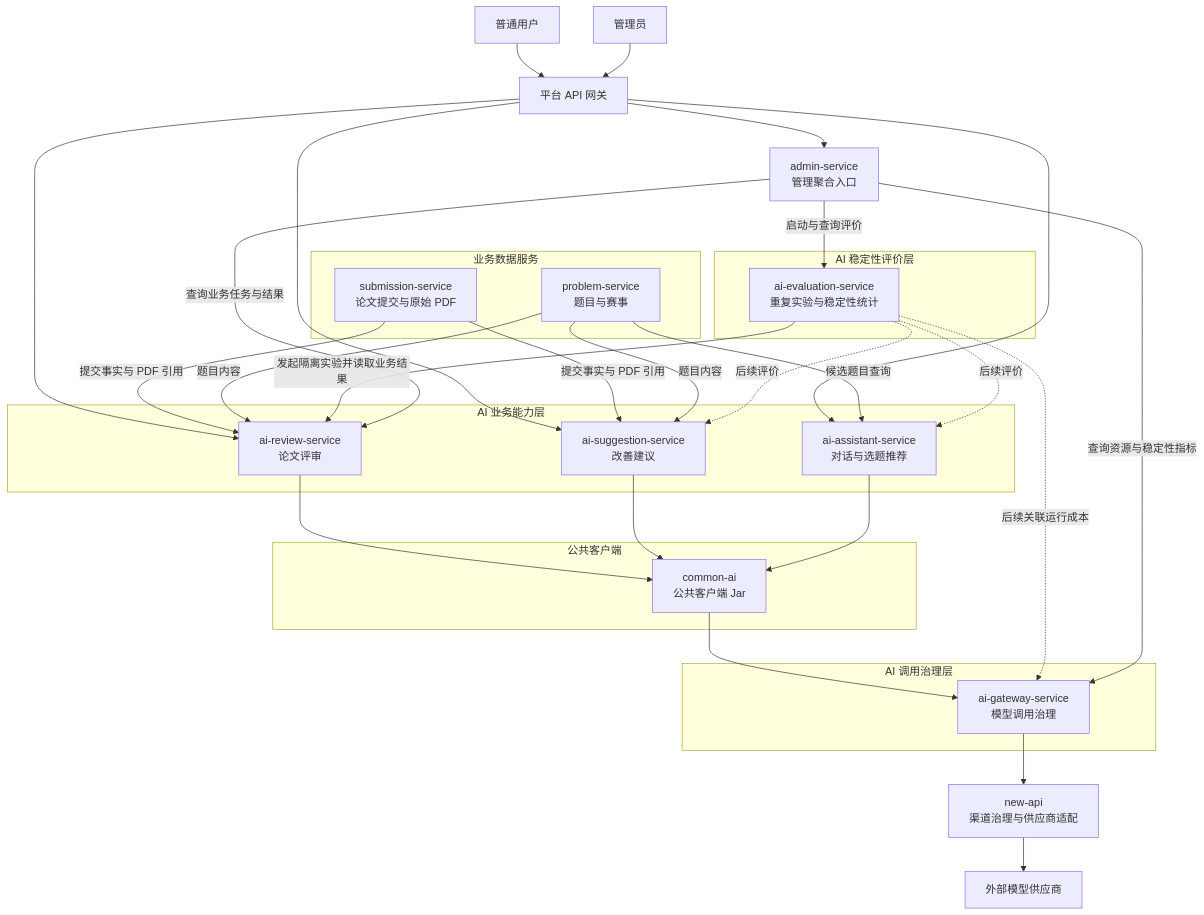
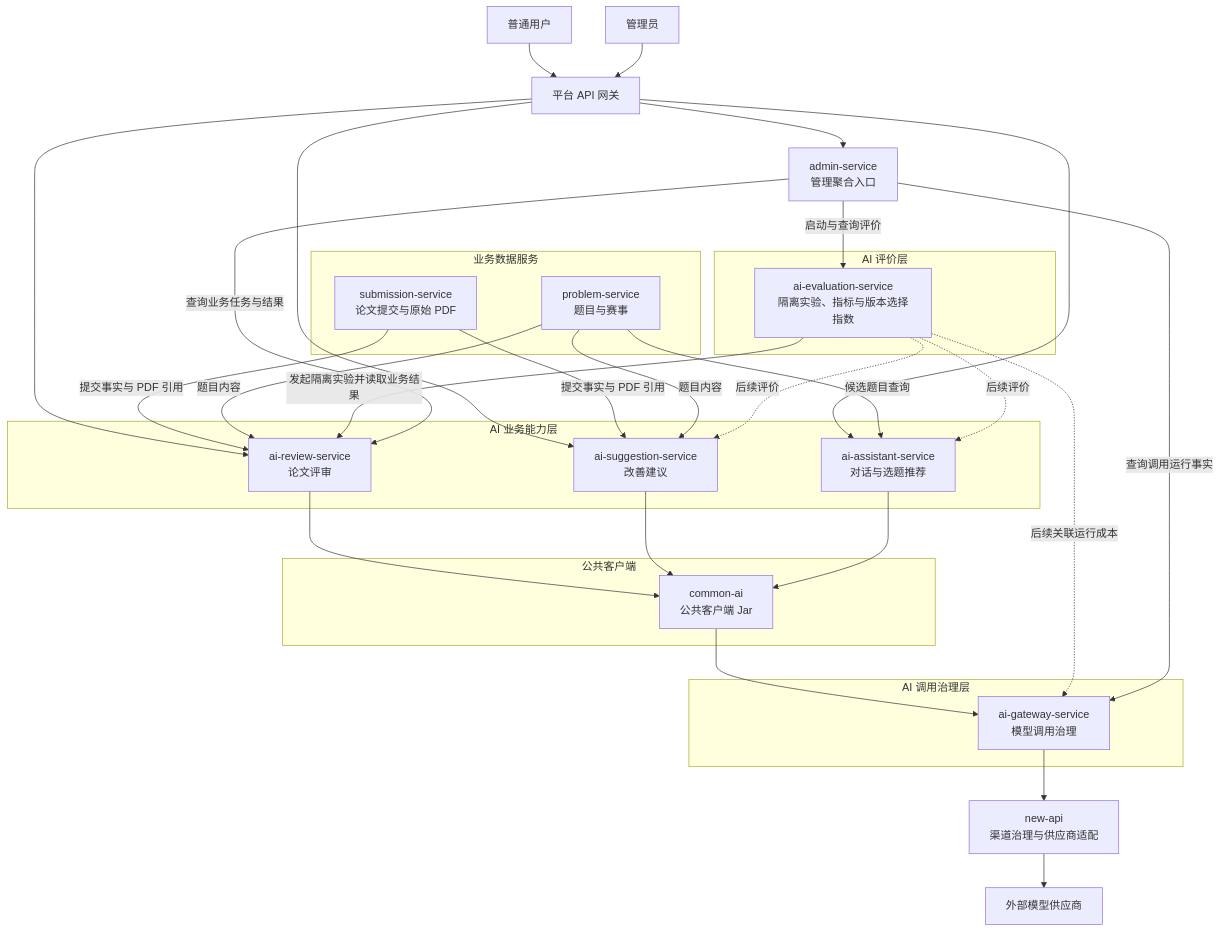
One commit to Dorian7Alden/LeetModel changed the diagram in docs/project/02-架构设计/AI系统分层.md. Above: the diagram before and after it, drawn with Mermaid. The commit also changed other lines of this file and 10 other files, not shown here.

````diff
--- a/docs/project/02-架构设计/AI系统分层.md
+++ b/docs/project/02-架构设计/AI系统分层.md
@@ -46,62 +46,62 @@
 ```mermaid
 flowchart TB
     USER[普通用户]
     ADMIN_USER[管理员]
     API_GATEWAY[平台 API 网关]
 
     subgraph DOMAIN[业务数据服务]
         SUBMISSION[submission-service<br/>论文提交与原始 PDF]
         PROBLEM[problem-service<br/>题目与赛事]
     end
 
     subgraph BUSINESS[AI 业务能力层]
         REVIEW[ai-review-service<br/>论文评审]
         SUGGESTION[ai-suggestion-service<br/>改善建议]
         ASSISTANT[ai-assistant-service<br/>对话与选题推荐]
     end
 
-    subgraph QUALITY[AI 稳定性评价层]
-        EVALUATION[ai-evaluation-service<br/>重复实验与稳定性统计]
+    subgraph QUALITY[AI 评价层]
+        EVALUATION[ai-evaluation-service<br/>隔离实验、指标与版本选择指数]
     end
 
     subgraph CLIENT[公共客户端]
         COMMON_AI[common-ai<br/>公共客户端 Jar]
     end
 
     subgraph GOVERNANCE[AI 调用治理层]
         AI_GATEWAY[ai-gateway-service<br/>模型调用治理]
     end
 
     NEW_API[new-api<br/>渠道治理与供应商适配]
     MODEL[外部模型供应商]
 
     ADMIN[admin-service<br/>管理聚合入口]
 
     USER --> API_GATEWAY
     API_GATEWAY --> REVIEW
     API_GATEWAY --> SUGGESTION
     API_GATEWAY --> ASSISTANT
     SUBMISSION -->|提交事实与 PDF 引用| REVIEW
     SUBMISSION -->|提交事实与 PDF 引用| SUGGESTION
     PROBLEM -->|题目内容| REVIEW
     PROBLEM -->|题目内容| SUGGESTION
     PROBLEM -->|候选题目查询| ASSISTANT
 
     REVIEW --> COMMON_AI
     SUGGESTION --> COMMON_AI
     ASSISTANT --> COMMON_AI
     COMMON_AI --> AI_GATEWAY
     AI_GATEWAY --> NEW_API
     NEW_API --> MODEL
 
     EVALUATION -->|发起隔离实验并读取业务结果| REVIEW
     EVALUATION -.->|后续评价| SUGGESTION
     EVALUATION -.->|后续评价| ASSISTANT
     EVALUATION -.->|后续关联运行成本| AI_GATEWAY
 
     ADMIN_USER --> API_GATEWAY
     API_GATEWAY --> ADMIN
     ADMIN -->|启动与查询评价| EVALUATION
     ADMIN -->|查询业务任务与结果| REVIEW
-    ADMIN -->|查询资源与稳定性指标| AI_GATEWAY
+    ADMIN -->|查询调用运行事实| AI_GATEWAY
 ```
````
